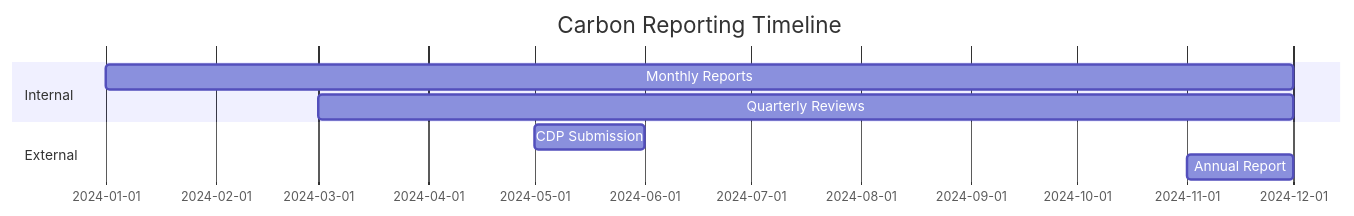
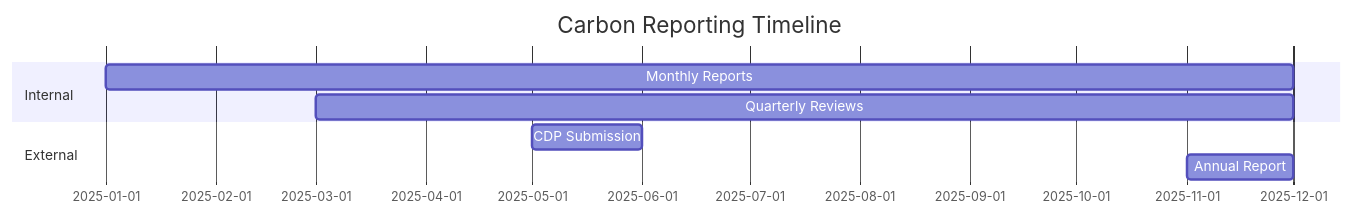
The tenth of 10 diagrams in docs/sustainability/carbon-footprint.md (Vortx-AI/synthetic-satellite), drawn with Mermaid before and after one commit. The commit also changed other lines of this file, not shown here.

````diff
--- a/docs/sustainability/carbon-footprint.md
+++ b/docs/sustainability/carbon-footprint.md
@@ -213,11 +213,11 @@
 ```mermaid
 gantt
     title Carbon Reporting Timeline
     dateFormat YYYY-MM
     section Internal
-    Monthly Reports    :2024-01, 2024-12
-    Quarterly Reviews  :2024-03, 2024-12
+    Monthly Reports    :2025-01, 2025-12
+    Quarterly Reviews  :2025-03, 2025-12
     section External
-    CDP Submission     :2024-05, 2024-06
-    Annual Report      :2024-11, 2024-12
+    CDP Submission     :2025-05, 2025-06
+    Annual Report      :2025-11, 2025-12
 ```
````
